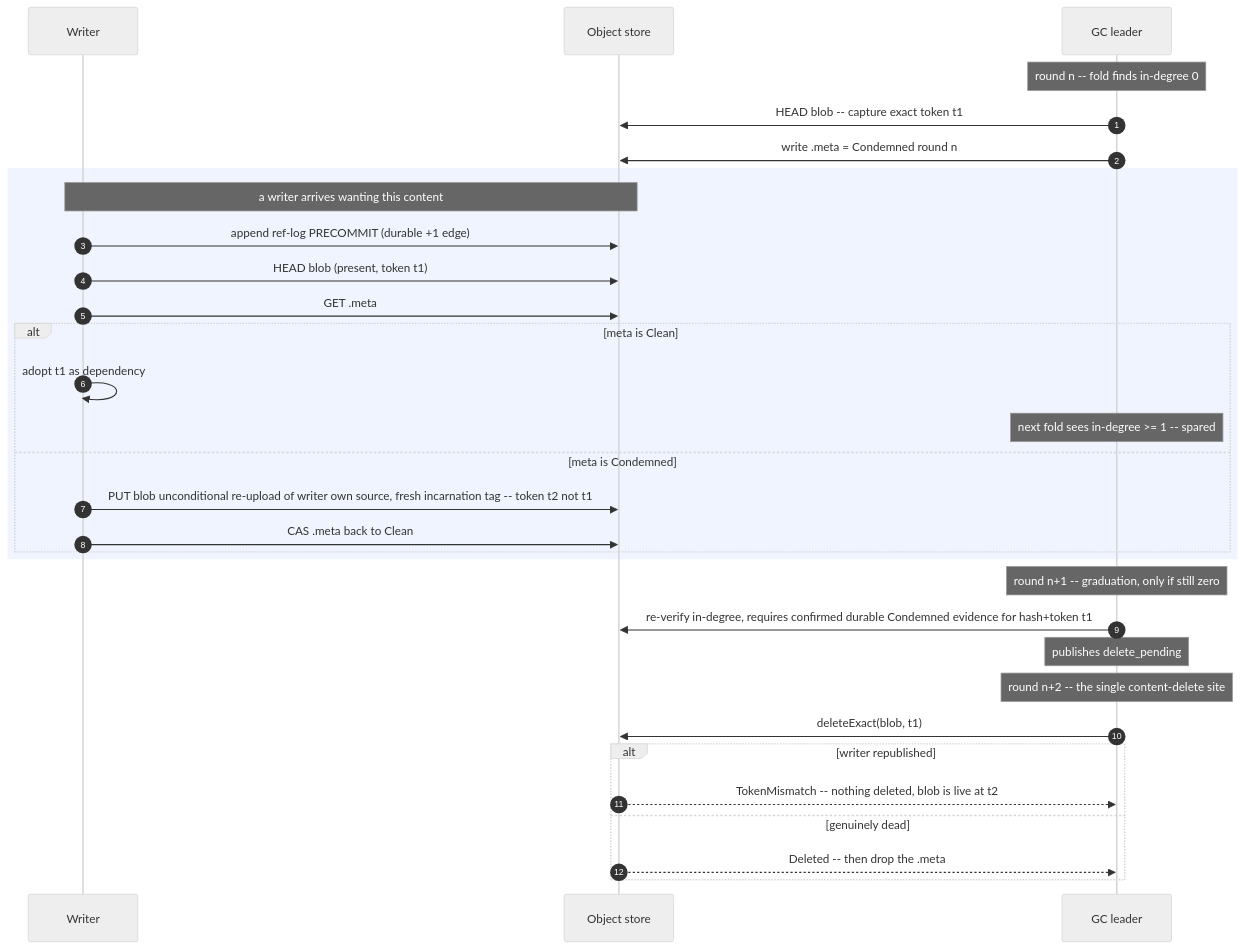
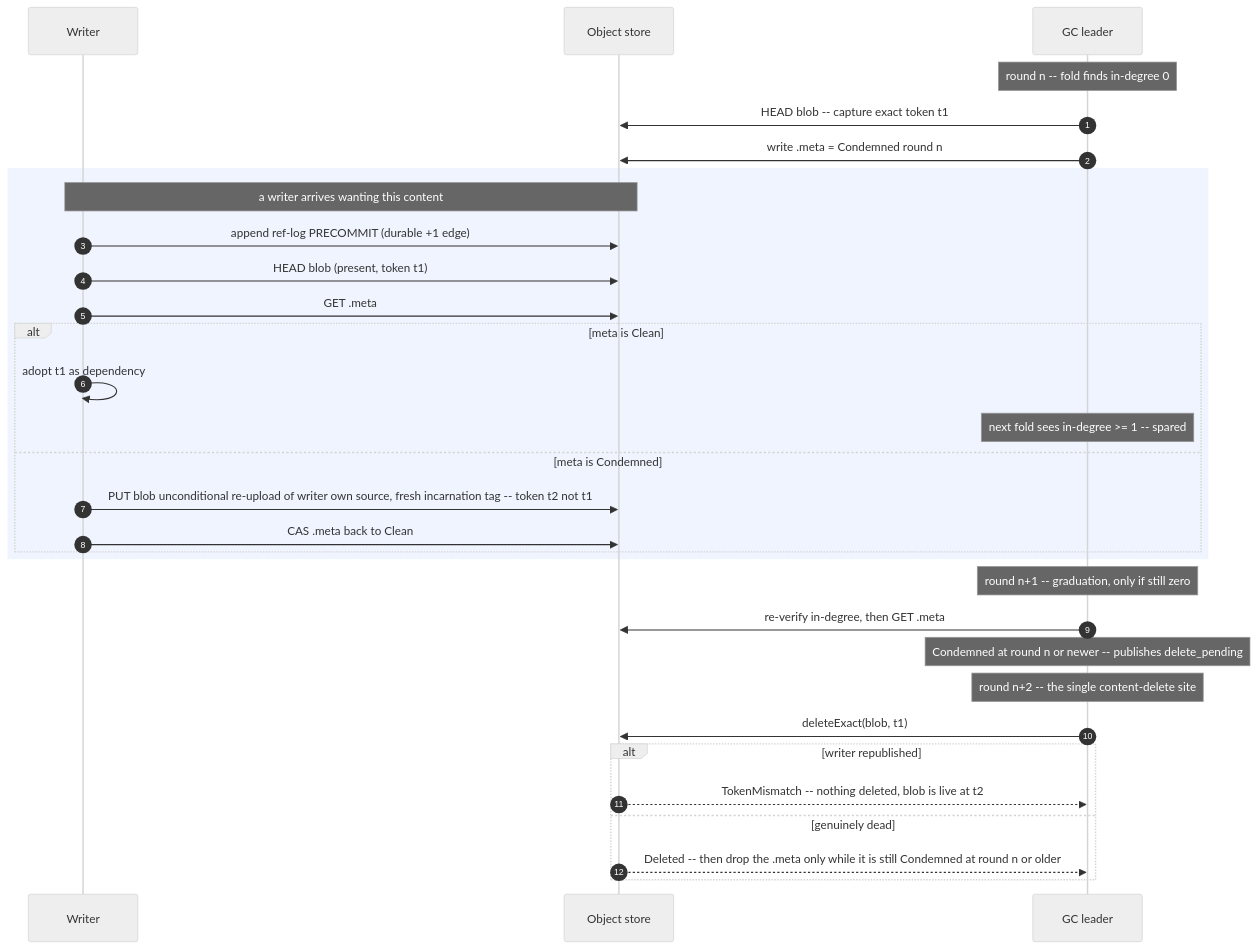
The second of 2 diagrams in docs/en/antalya/cas/architecture/blob-protocol.md (Altinity/ClickHouse), drawn with Mermaid (neutral theme) before and after one commit. The commit also changed other lines of this file and 22 other files, not shown here.

First line of the commit message:
Merge pull request #2463 from Altinity/fix/antalya-26.6/cas-gc-stale-meta-delete

````diff
--- a/docs/en/antalya/cas/architecture/blob-protocol.md
+++ b/docs/en/antalya/cas/architecture/blob-protocol.md
@@ -120,37 +120,37 @@
 ```mermaid
 sequenceDiagram
     autonumber
     participant W as Writer
     participant S3 as Object store
     participant GC as GC leader
 
     Note over GC: round n -- fold finds in-degree 0
     GC->>S3: HEAD blob -- capture exact token t1
     GC->>S3: write .meta = Condemned round n
 
     rect rgba(120,160,255,0.12)
     Note over W,S3: a writer arrives wanting this content
     W->>S3: append ref-log PRECOMMIT (durable +1 edge)
     W->>S3: HEAD blob (present, token t1)
     W->>S3: GET .meta
     alt meta is Clean
         W->>W: adopt t1 as dependency
         Note over GC: next fold sees in-degree >= 1 -- spared
     else meta is Condemned
         W->>S3: PUT blob unconditional re-upload of writer own source, fresh incarnation tag -- token t2 not t1
         W->>S3: CAS .meta back to Clean
     end
     end
 
     Note over GC: round n+1 -- graduation, only if still zero
-    GC->>S3: re-verify in-degree, requires confirmed durable Condemned evidence for hash+token t1
-    Note over GC: publishes delete_pending
+    GC->>S3: re-verify in-degree, then GET .meta
+    Note over GC: Condemned at round n or newer -- publishes delete_pending
 
     Note over GC: round n+2 -- the single content-delete site
     GC->>S3: deleteExact(blob, t1)
     alt writer republished
         S3-->>GC: TokenMismatch -- nothing deleted, blob is live at t2
     else genuinely dead
-        S3-->>GC: Deleted -- then drop the .meta
+        S3-->>GC: Deleted -- then drop the .meta only while it is still Condemned at round n or older
     end
 ```
````
